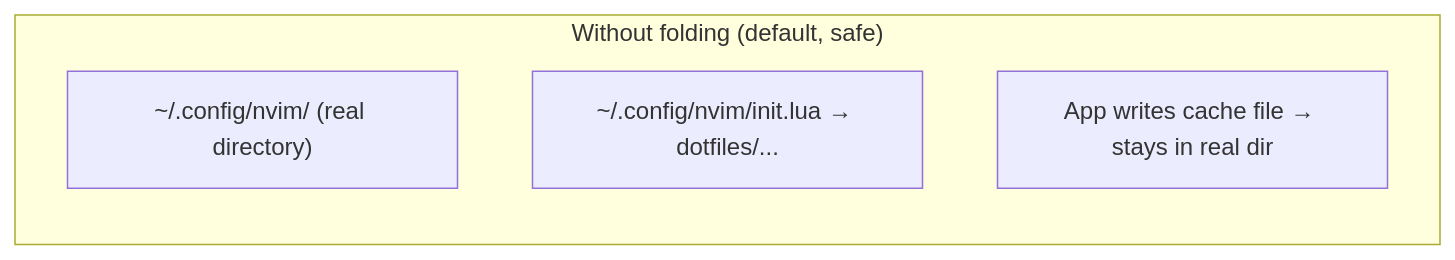
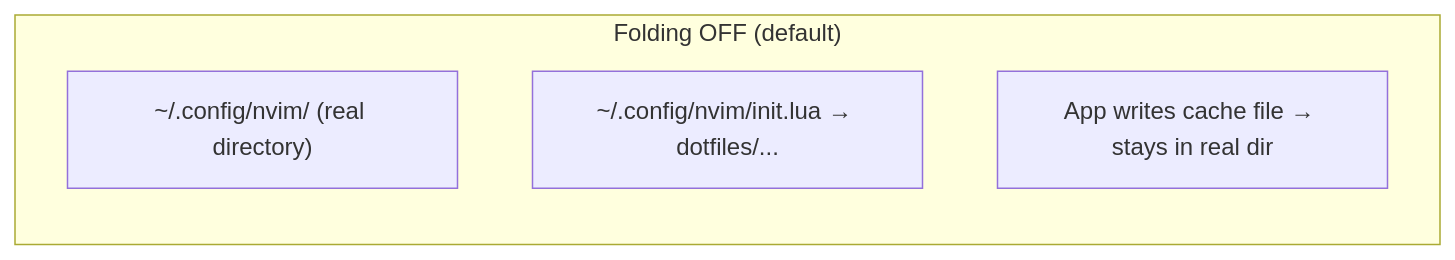
Before and after one commit to mmmarceleza/dotfiles: the second of 6 diagrams in docs/stow.md, drawn with Mermaid. The commit also changed other lines of this file, not shown here.

Commit message:
docs(stow): shorten mermaid subgraph titles for folding diagrams
Prevent title text from wrapping to two lines on GitHub rendering.

````diff
--- a/docs/stow.md
+++ b/docs/stow.md
@@ -96,8 +96,8 @@
 ```mermaid
 graph LR
-    subgraph "Without folding (default, safe)"
+    subgraph "Folding OFF (default)"
         D["~/.config/nvim/ (real directory)"]
         E["~/.config/nvim/init.lua → dotfiles/..."]
         F["App writes cache file → stays in real dir"]
     end
 ```
````
